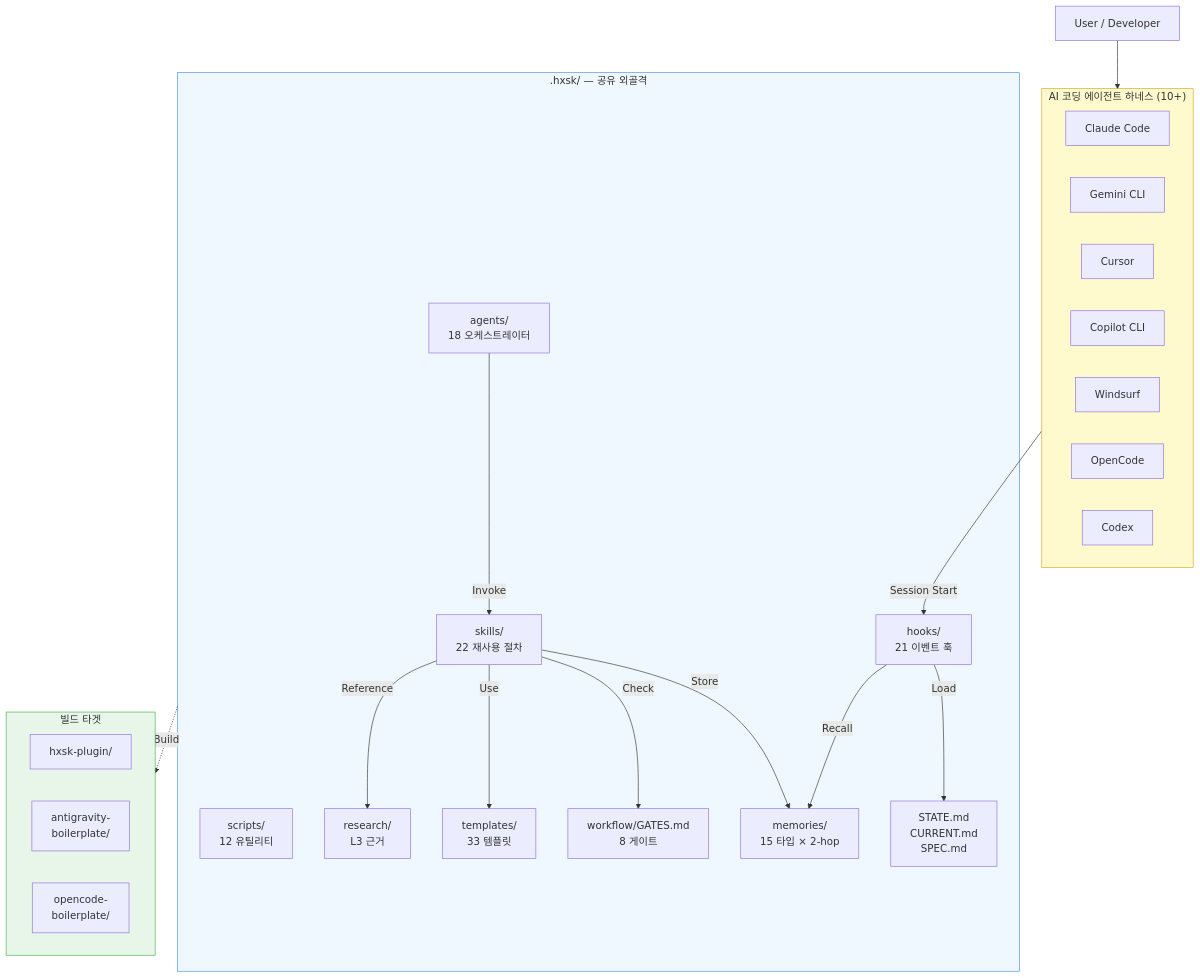
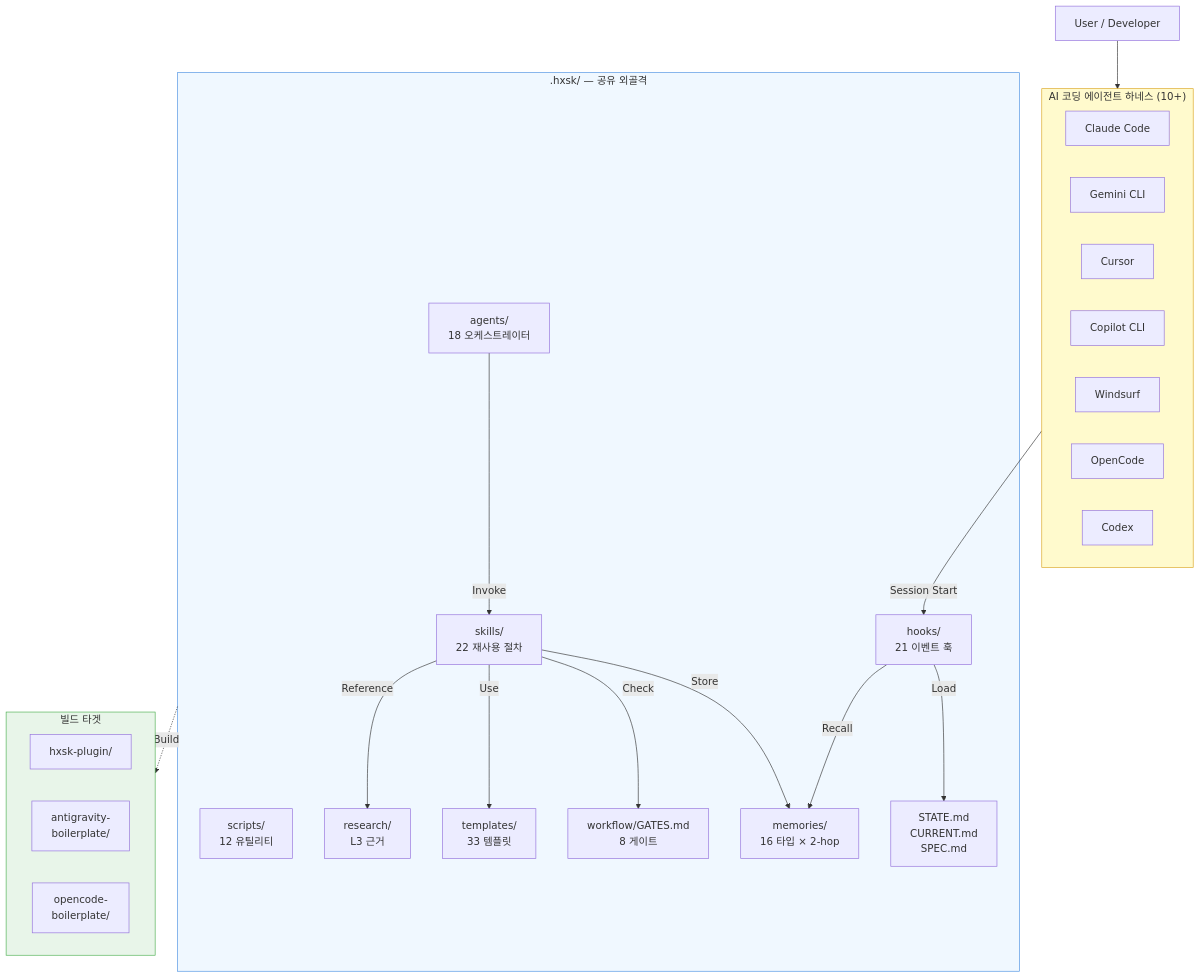
One commit to SukbeomH/HExoskeleton changed the first of 10 diagrams in docs/system-architecture.md. Above: the diagram before and after it, drawn with Mermaid. The commit also changed other lines of this file and 9 other files, not shown here.

````diff
--- a/docs/system-architecture.md
+++ b/docs/system-architecture.md
@@ -9,48 +9,48 @@
 ```mermaid
 graph TB
     User[User / Developer]
 
     subgraph Harness["AI 코딩 에이전트 하네스 (10+)"]
         CC[Claude Code]
         GC[Gemini CLI]
         CU[Cursor]
         CP[Copilot CLI]
         WS[Windsurf]
         OC[OpenCode]
         CX[Codex]
     end
 
     subgraph HXSK[".hxsk/ — 공유 외골격"]
         Skills[skills/<br/>22 재사용 절차]
         Agents[agents/<br/>18 오케스트레이터]
         Hooks[hooks/<br/>21 이벤트 훅]
         Scripts[scripts/<br/>12 유틸리티]
-        Memory[memories/<br/>15 타입 × 2-hop]
+        Memory[memories/<br/>16 타입 × 2-hop]
         Workflow[workflow/GATES.md<br/>8 게이트]
         Templates[templates/<br/>33 템플릿]
         State[STATE.md<br/>CURRENT.md<br/>SPEC.md]
         Research[research/<br/>L3 근거]
     end
 
     subgraph Outputs["빌드 타겟"]
         Plugin[hxsk-plugin/]
         Antigrav[antigravity-<br/>boilerplate/]
         OpenCodeOut[opencode-<br/>boilerplate/]
     end
 
     User --> Harness
     Harness -->|Session Start| Hooks
     Hooks -->|Load| State
     Hooks -->|Recall| Memory
     Agents -->|Invoke| Skills
     Skills -->|Store| Memory
     Skills -->|Check| Workflow
     Skills -->|Use| Templates
     Skills -->|Reference| Research
 
     HXSK -.Build.-> Outputs
 
     style HXSK fill:#f0f8ff,stroke:#4a90e2
     style Harness fill:#fffacd,stroke:#daa520
     style Outputs fill:#e8f5e9,stroke:#4caf50
 ```
````
